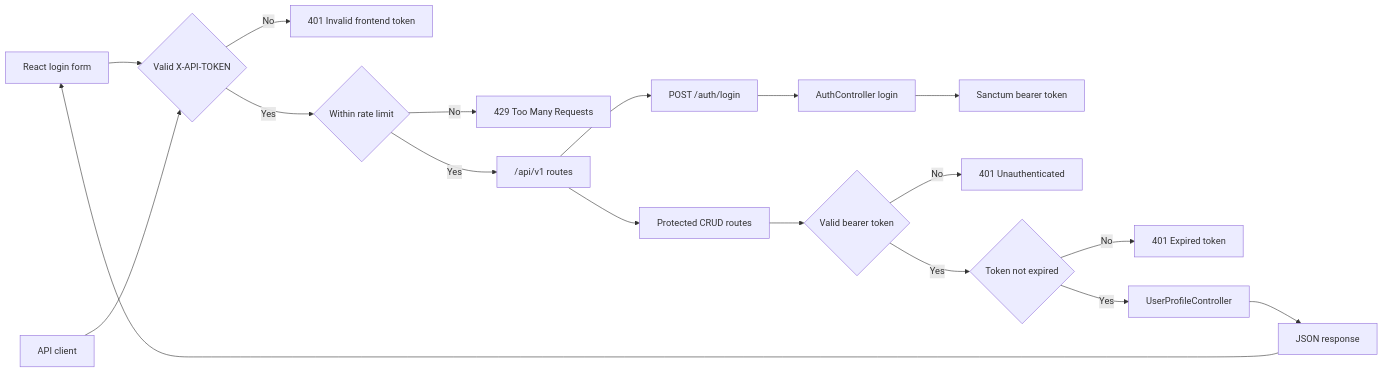
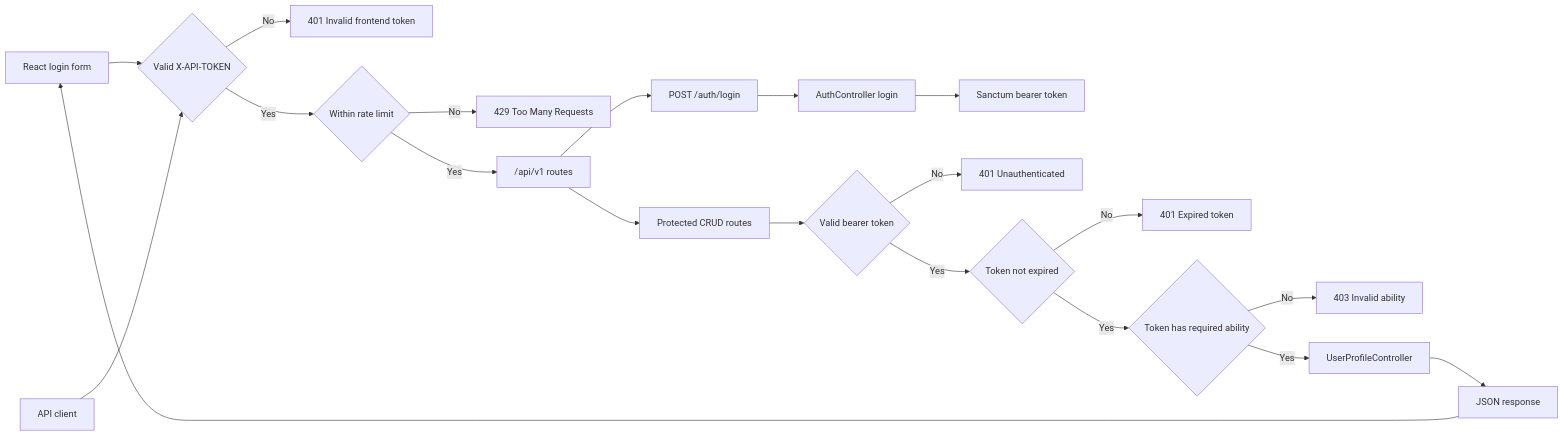
The diagram in training/day-3-api-security.md (habibtalib/laravel-api-tutorial), drawn with Mermaid before and after one commit. The commit also changed other lines of this file, not shown here.

````diff
--- a/training/day-3-api-security.md
+++ b/training/day-3-api-security.md
@@ -68,20 +71,22 @@
 ```mermaid
 flowchart LR
     React["React login form"] --> FrontendToken{"Valid X-API-TOKEN"}
     Client["API client"] --> FrontendToken
     FrontendToken -- "No" --> InvalidFrontend["401 Invalid frontend token"]
     FrontendToken -- "Yes" --> Throttle{"Within rate limit"}
     Throttle -- "No" --> TooMany["429 Too Many Requests"]
     Throttle -- "Yes" --> RouteGroup["/api/v1 routes"]
     RouteGroup --> Login["POST /auth/login"]
     Login --> AuthController["AuthController login"]
     AuthController --> TokenResponse["Sanctum bearer token"]
     RouteGroup --> Protected["Protected CRUD routes"]
     Protected --> Sanctum{"Valid bearer token"}
     Sanctum -- "No" --> Unauthenticated["401 Unauthenticated"]
     Sanctum -- "Yes" --> Expiry{"Token not expired"}
     Expiry -- "No" --> Expired["401 Expired token"]
-    Expiry -- "Yes" --> UserController["UserProfileController"]
+    Expiry -- "Yes" --> Ability{"Token has required ability"}
+    Ability -- "No" --> Forbidden["403 Invalid ability"]
+    Ability -- "Yes" --> UserController["UserProfileController"]
     UserController --> JsonResponse["JSON response"]
     JsonResponse --> React
 ```
````
